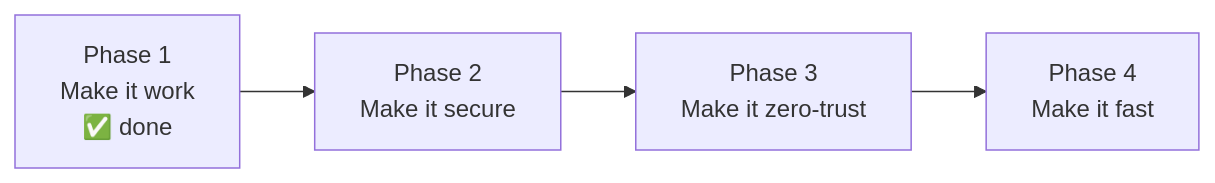
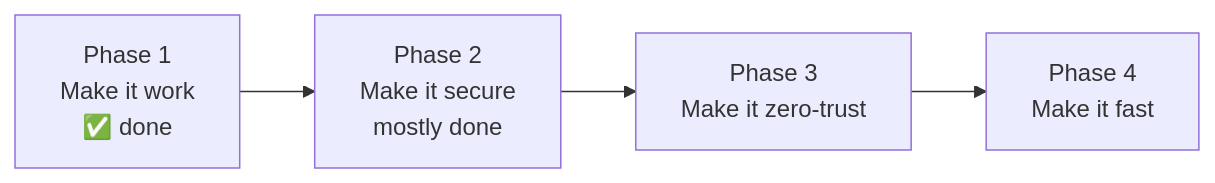
One commit to harrydt/local-ci changed the diagram in docs/roadmap.md. Above: the diagram before and after it, drawn with Mermaid. The commit also changed other lines of this file and 9 other files, not shown here.

First line of the commit message:
docs: rewrite for the public release; add FAQ and diagrams

````diff
--- a/docs/roadmap.md
+++ b/docs/roadmap.md
@@ -5,4 +3,4 @@
 ```mermaid
 flowchart LR
-  P1["Phase 1<br/>Make it work<br/>✅ done"] --> P2["Phase 2<br/>Make it secure"] --> P3["Phase 3<br/>Make it zero-trust"] --> P4["Phase 4<br/>Make it fast"]
+  P1["Phase 1<br/>Make it work<br/>✅ done"] --> P2["Phase 2<br/>Make it secure<br/>mostly done"] --> P3["Phase 3<br/>Make it zero-trust"] --> P4["Phase 4<br/>Make it fast"]
 ```
````
